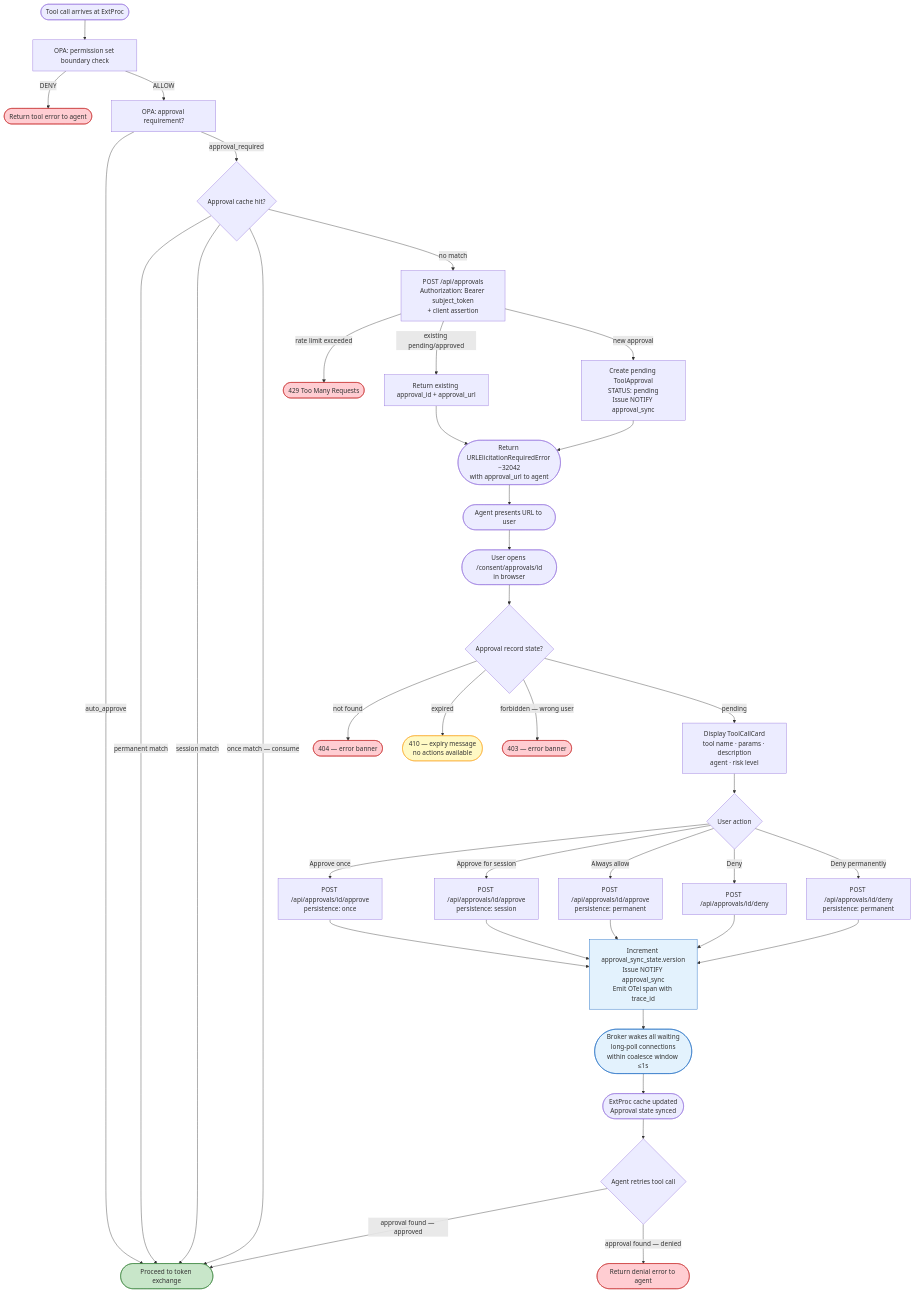
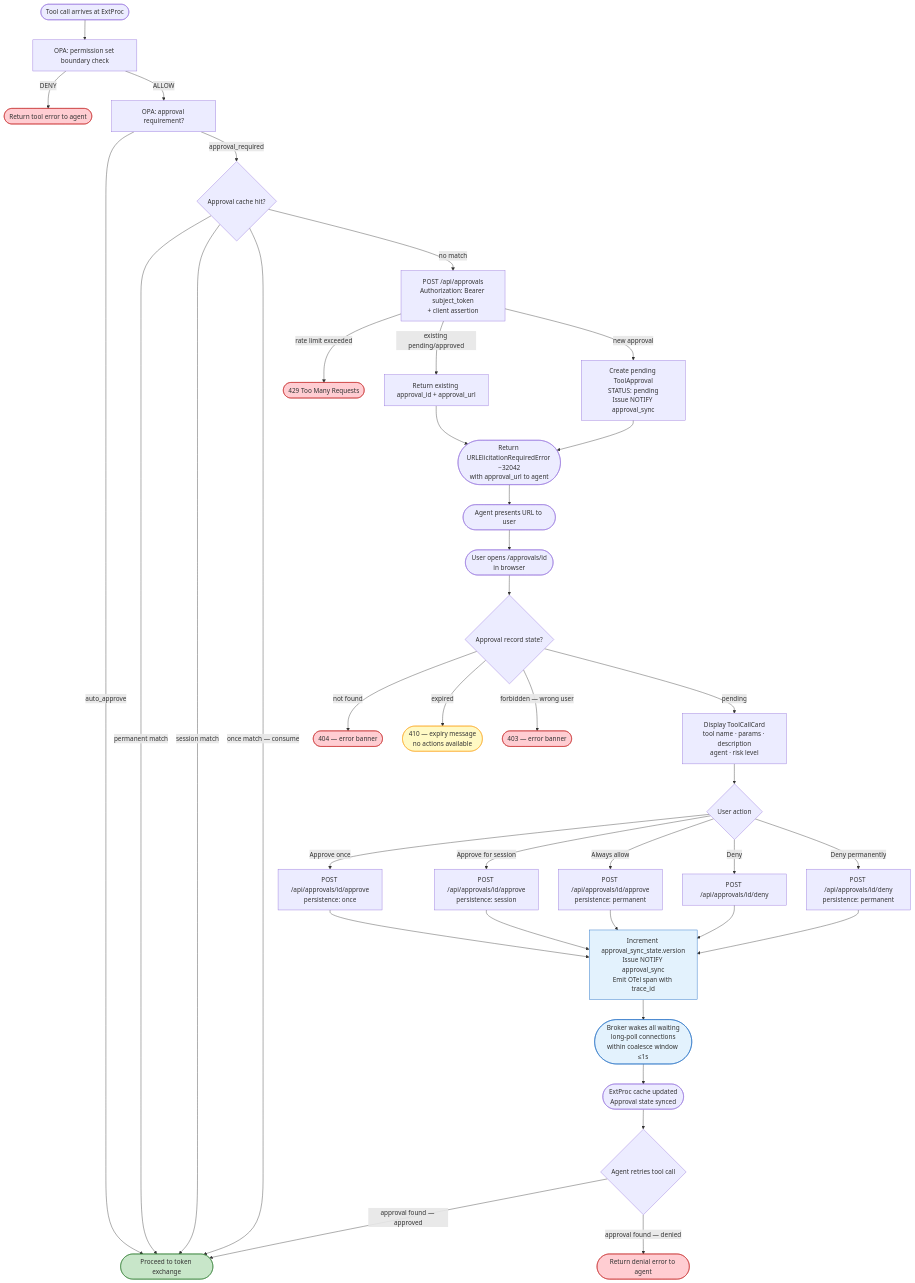
The diagram in specs/024-approval-api-ui/spec.md (zalando-incubator/agentic-identity-broker), drawn with Mermaid before and after one commit. The commit also changed other lines of this file and 101 other files, not shown here.

````diff
--- a/specs/024-approval-api-ui/spec.md
+++ b/specs/024-approval-api-ui/spec.md
@@ -166,56 +166,56 @@
 ```mermaid
 flowchart TD
     A([Tool call arrives at ExtProc]) --> B[OPA: permission set boundary check]
     B -->|DENY| Z1([Return tool error to agent])
     B -->|ALLOW| C[OPA: approval requirement?]
 
     C -->|auto_approve| D([Proceed to token exchange])
     C -->|approval_required| E{Approval cache hit?}
 
     E -->|permanent match| D
     E -->|session match| D
     E -->|once match — consume| D
     E -->|no match| F[POST /api/approvals\nAuthorization: Bearer subject_token\n+ client assertion]
 
     F -->|rate limit exceeded| Z2([429 Too Many Requests])
     F -->|existing pending/approved| G[Return existing approval_id + approval_url]
     F -->|new approval| H[Create pending ToolApproval\nSTATUS: pending\nIssue NOTIFY approval_sync]
 
     G --> I
     H --> I([Return URLElicitationRequiredError −32042\nwith approval_url to agent])
 
     I --> J([Agent presents URL to user])
-    J --> K([User opens /consent/approvals/id\nin browser])
+    J --> K([User opens /approvals/id\nin browser])
 
     K --> L{Approval record state?}
     L -->|not found| Z3([404 — error banner])
     L -->|expired| Z4([410 — expiry message\nno actions available])
     L -->|forbidden — wrong user| Z5([403 — error banner])
     L -->|pending| M[Display ToolCallCard\ntool name · params · description\nagent · risk level]
 
     M --> N{User action}
     N -->|Approve once| O1[POST /api/approvals/id/approve\npersistence: once]
     N -->|Approve for session| O2[POST /api/approvals/id/approve\npersistence: session]
     N -->|Always allow| O3[POST /api/approvals/id/approve\npersistence: permanent]
     N -->|Deny| O4[POST /api/approvals/id/deny]
     N -->|Deny permanently| O5[POST /api/approvals/id/deny\npersistence: permanent]
 
     O1 & O2 & O3 & O4 & O5 --> P[Increment approval_sync_state.version\nIssue NOTIFY approval_sync\nEmit OTel span with trace_id]
 
     P --> Q([Broker wakes all waiting\nlong-poll connections\nwithin coalesce window ≤1s])
     Q --> R([ExtProc cache updated\nApproval state synced])
 
     R --> S{Agent retries tool call}
     S -->|approval found — approved| D
     S -->|approval found — denied| Z6([Return denial error to agent])
 
     style Z1 fill:#ffcdd2,stroke:#c62828
     style Z2 fill:#ffcdd2,stroke:#c62828
     style Z3 fill:#ffcdd2,stroke:#c62828
     style Z4 fill:#fff9c4,stroke:#f9a825
     style Z5 fill:#ffcdd2,stroke:#c62828
     style Z6 fill:#ffcdd2,stroke:#c62828
     style D fill:#c8e6c9,stroke:#2e7d32
     style P fill:#e3f2fd,stroke:#1565c0
     style Q fill:#e3f2fd,stroke:#1565c0
 ```
````
